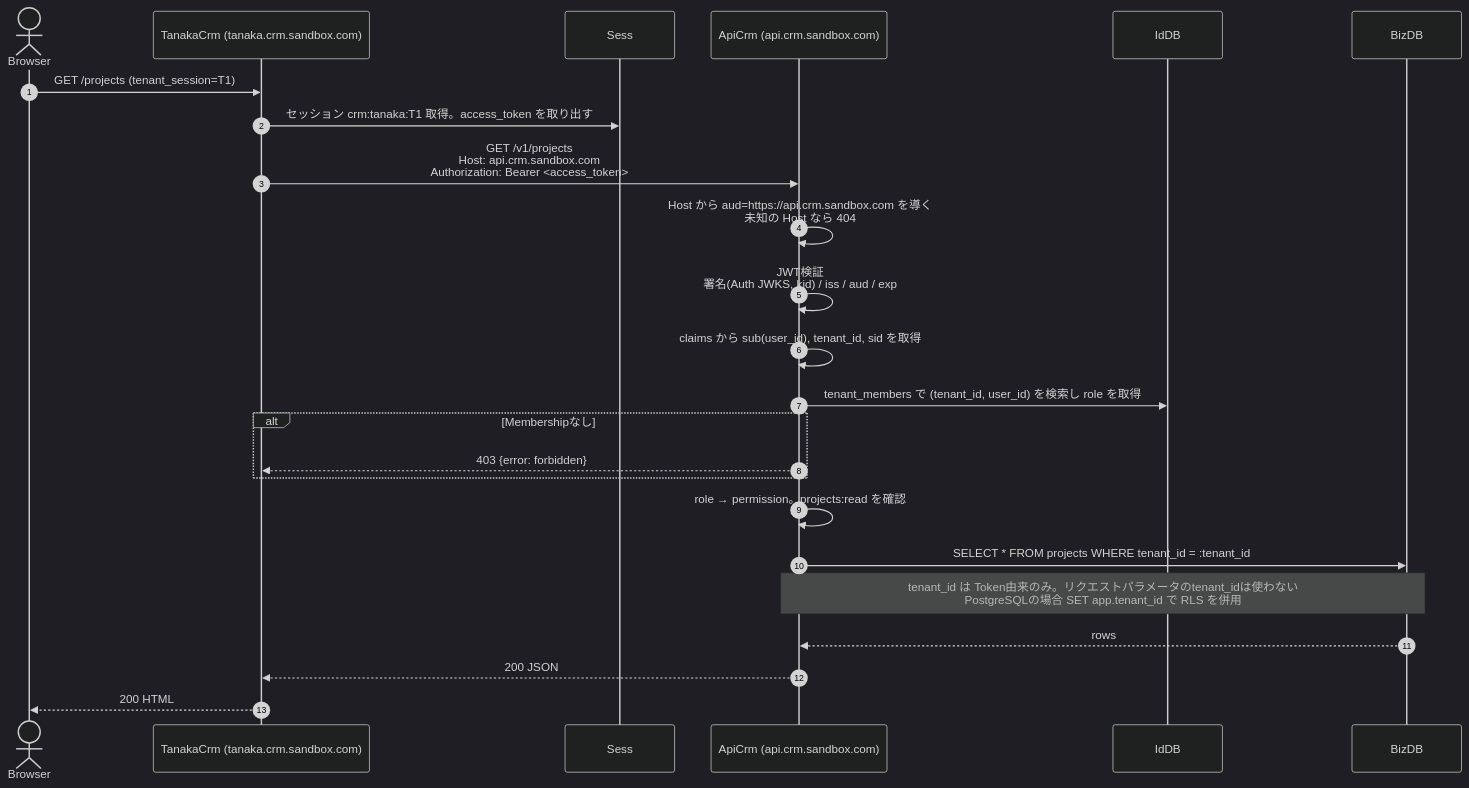
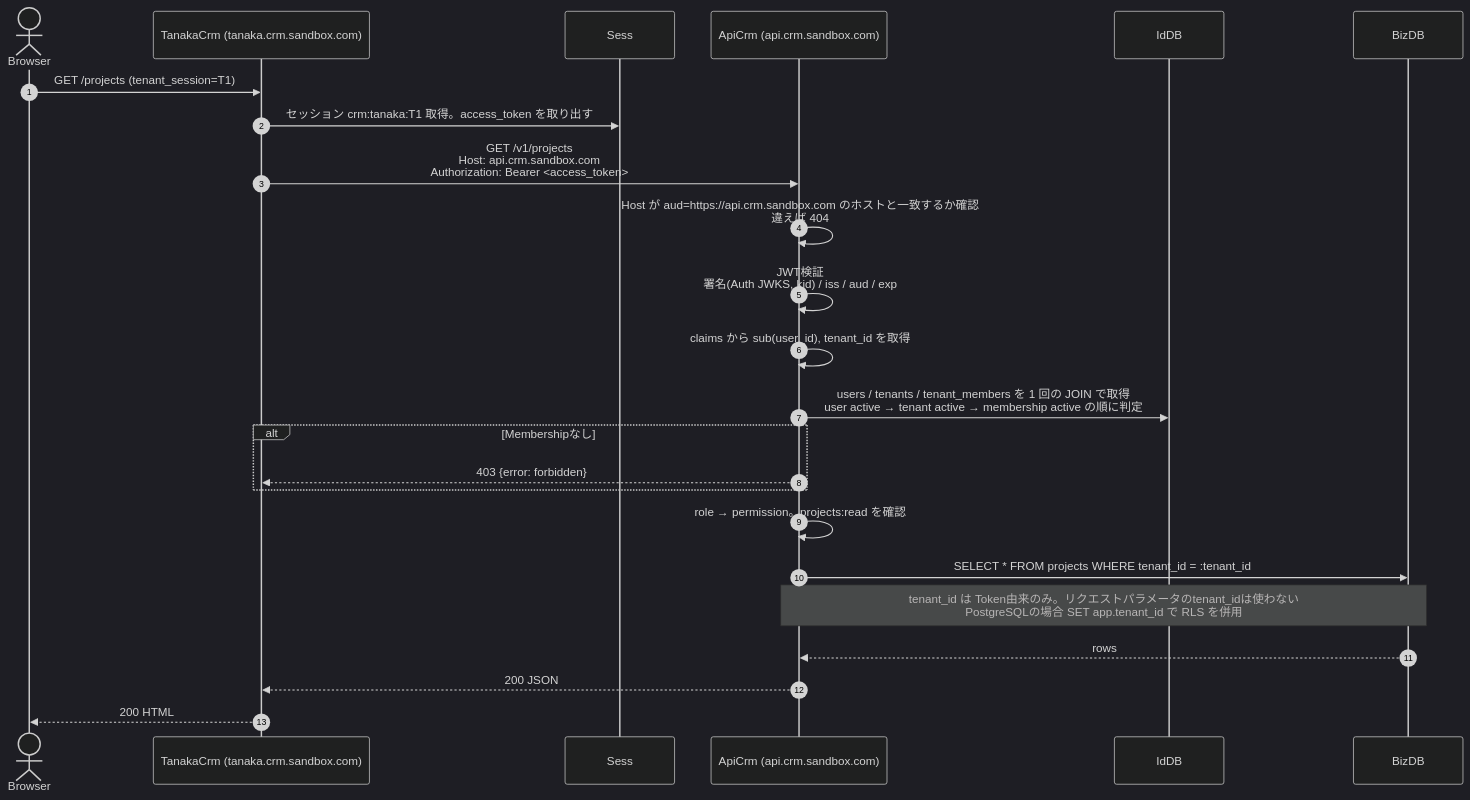
The eighth of 15 diagrams in docs/design/02-auth-sequences.md (daisuke-tanabe/multi-domain-sandbox), drawn with Mermaid (dark theme) before and after one commit. The commit also changed other lines of this file and 120 other files, not shown here.

````diff
--- a/docs/design/02-auth-sequences.md
+++ b/docs/design/02-auth-sequences.md
@@ -309,27 +312,27 @@
 ```mermaid
 sequenceDiagram
     autonumber
     actor Browser
     participant TanakaCrm as TanakaCrm (tanaka.crm.sandbox.com)
     participant Sess
     participant ApiCrm as ApiCrm (api.crm.sandbox.com)
     participant IdDB
     participant BizDB
 
     Browser->>TanakaCrm: GET /projects (tenant_session=T1)
     TanakaCrm->>Sess: セッション crm:tanaka:T1 取得。access_token を取り出す
     TanakaCrm->>ApiCrm: GET /v1/projects<br/>Host: api.crm.sandbox.com<br/>Authorization: Bearer <access_token>
-    ApiCrm->>ApiCrm: Host から aud=https://api.crm.sandbox.com を導く<br/>未知の Host なら 404
+    ApiCrm->>ApiCrm: Host が aud=https://api.crm.sandbox.com のホストと一致するか確認<br/>違えば 404
     ApiCrm->>ApiCrm: JWT検証<br/>署名(Auth JWKS, kid) / iss / aud / exp
-    ApiCrm->>ApiCrm: claims から sub(user_id), tenant_id, sid を取得
-    ApiCrm->>IdDB: tenant_members で (tenant_id, user_id) を検索し role を取得
+    ApiCrm->>ApiCrm: claims から sub(user_id), tenant_id を取得
+    ApiCrm->>IdDB: users / tenants / tenant_members を 1 回の JOIN で取得<br/>user active → tenant active → membership active の順に判定
     alt Membershipなし
         ApiCrm-->>TanakaCrm: 403 {error: forbidden}
     end
     ApiCrm->>ApiCrm: role → permission。projects:read を確認
     ApiCrm->>BizDB: SELECT * FROM projects WHERE tenant_id = :tenant_id
     Note over ApiCrm,BizDB: tenant_id は Token由来のみ。リクエストパラメータのtenant_idは使わない<br/>PostgreSQLの場合 SET app.tenant_id で RLS を併用
     BizDB-->>ApiCrm: rows
     ApiCrm-->>TanakaCrm: 200 JSON
     TanakaCrm-->>Browser: 200 HTML
 ```
````
